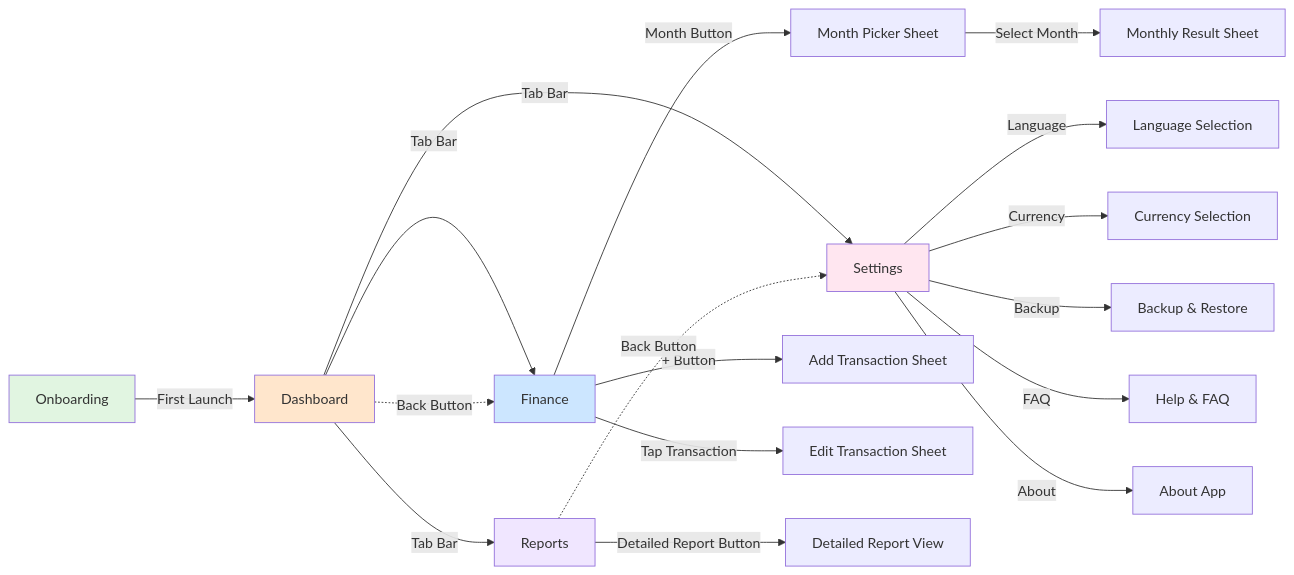
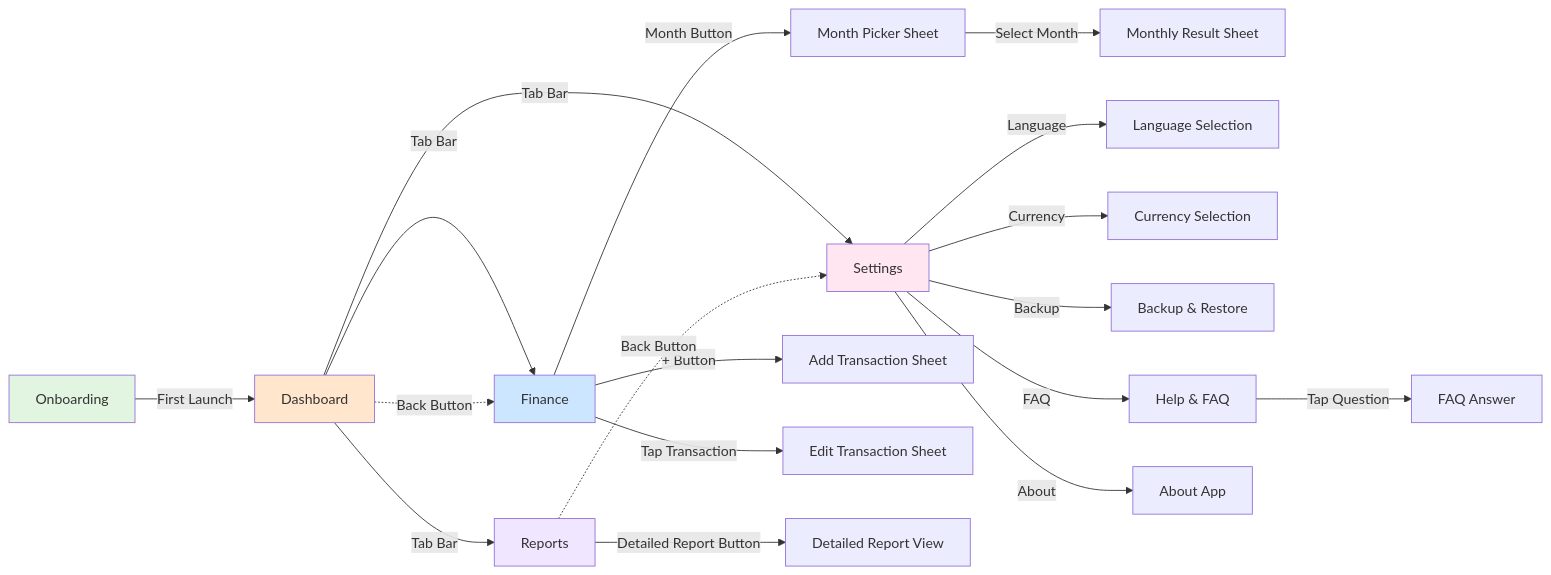
One commit to Davy17601/smartfarm changed the second of 5 diagrams in README.en.md. Above: the diagram before and after it, drawn with Mermaid. The commit also changed other lines of this file and 11 other files, not shown here.

````diff
--- a/README.en.md
+++ b/README.en.md
@@ -197,29 +246,30 @@
 ```mermaid
 graph LR
     A[Onboarding] -->|First Launch| B[Dashboard]
     B -->|Tab Bar| C[Finance]
     B -->|Tab Bar| D[Reports]
     B -->|Tab Bar| E[Settings]
 
     C -->|Month Button| C1[Month Picker Sheet]
     C1 -->|Select Month| C2[Monthly Result Sheet]
     C -->|+ Button| C3[Add Transaction Sheet]
     C -->|Tap Transaction| C4[Edit Transaction Sheet]
 
     D -->|Detailed Report Button| D1[Detailed Report View]
 
     E -->|Language| E1[Language Selection]
     E -->|Currency| E2[Currency Selection]
     E -->|Backup| E3[Backup & Restore]
     E -->|FAQ| E4[Help & FAQ]
+    E4 -->|Tap Question| E4A[FAQ Answer]
     E -->|About| E5[About App]
 
     B -.Back Button.-> C
     D -.Back Button.-> E
 
     style A fill:#e1f5e1
     style B fill:#ffe6cc
     style C fill:#cce6ff
     style D fill:#f0e6ff
     style E fill:#ffe6f0
 ```
````
